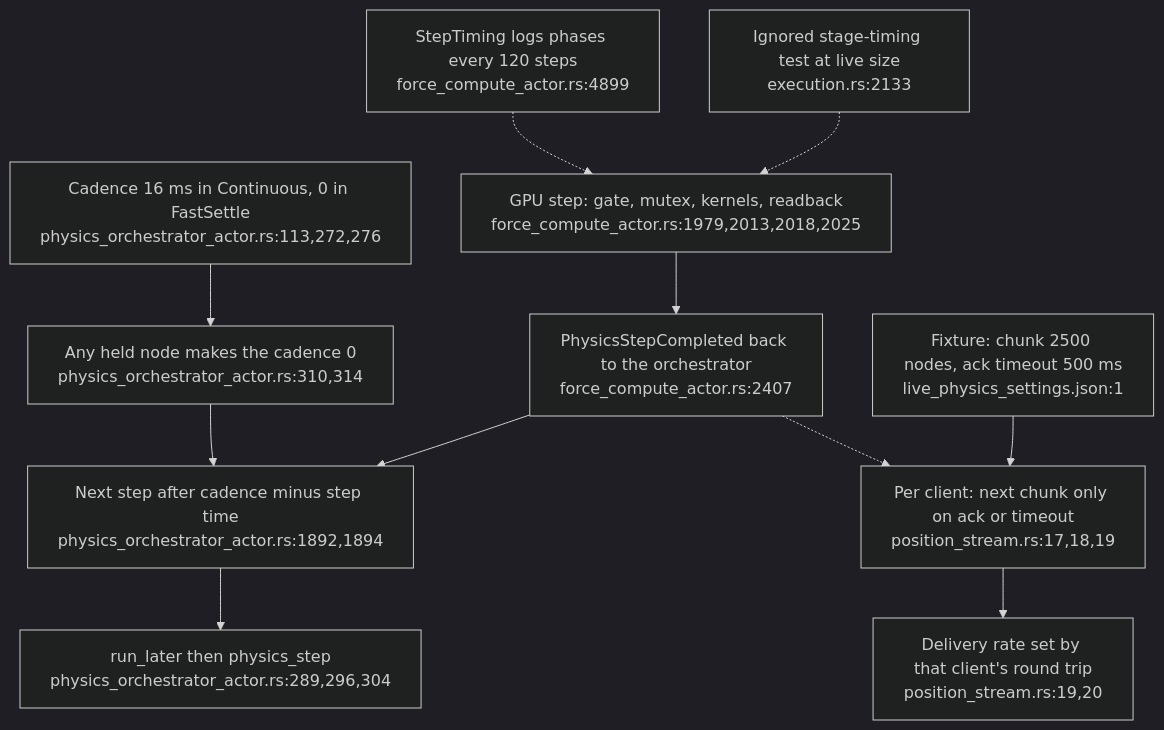
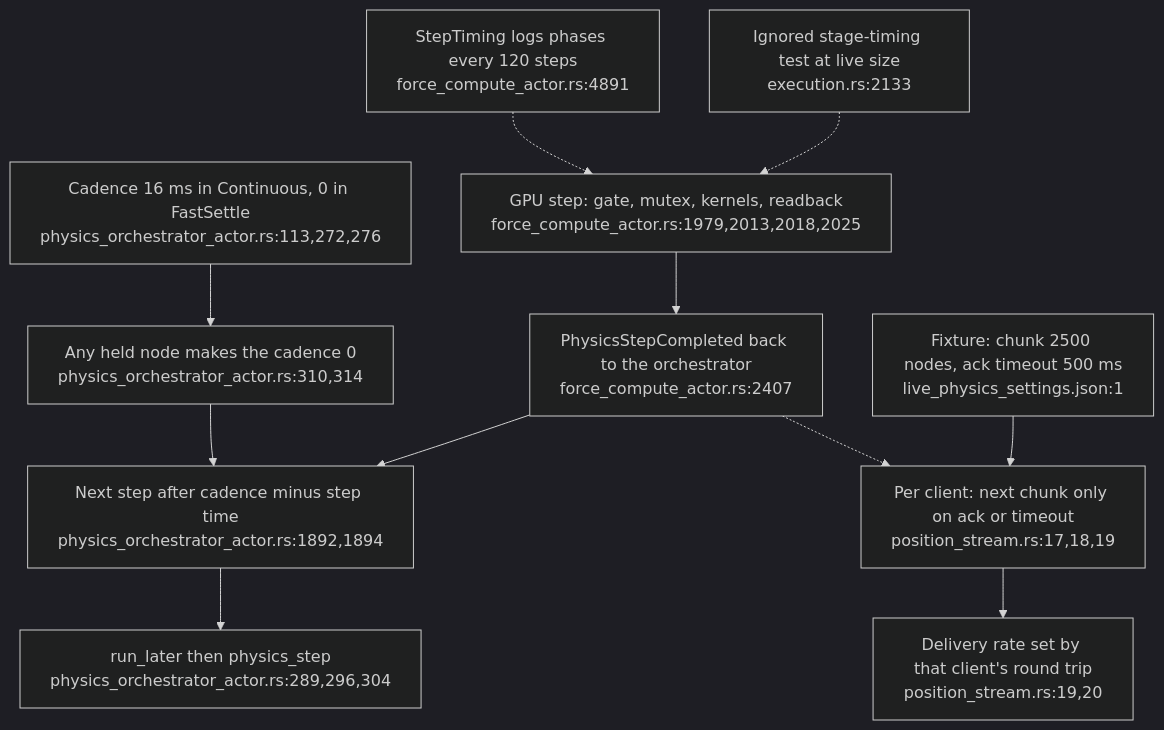
Before and after one commit to DreamLab-AI/VisionFlow: the second of 5 diagrams in docs/diagrams/visionclaw/54-layout-mode-step-cadence-and-settle.md, drawn with Mermaid (dark theme). The commit also changed other lines of this file and 46 other files, not shown here.

Commit message:
docs(diagrams): re-verify VisionClaw topics at 809a859aa/a950f4d80 after the consolidation pass

````diff
--- a/docs/diagrams/visionclaw/54-layout-mode-step-cadence-and-settle.md
+++ b/docs/diagrams/visionclaw/54-layout-mode-step-cadence-and-settle.md
@@ -60,13 +62,13 @@
 ```mermaid
 flowchart TD
     MODE["Cadence 16 ms in Continuous, 0 in FastSettle<br/>physics_orchestrator_actor.rs:113,272,276"] --> EFF["Any held node makes the cadence 0<br/>physics_orchestrator_actor.rs:310,314"]
     STEP["GPU step: gate, mutex, kernels, readback<br/>force_compute_actor.rs:1979,2013,2018,2025"] --> DONE["PhysicsStepCompleted back to the orchestrator<br/>force_compute_actor.rs:2407"]
     DONE --> NEXT["Next step after cadence minus step time<br/>physics_orchestrator_actor.rs:1892,1894"]
     EFF --> NEXT
     NEXT --> RUN["run_later then physics_step<br/>physics_orchestrator_actor.rs:289,296,304"]
-    TIMING["StepTiming logs phases every 120 steps<br/>force_compute_actor.rs:4899"] -.-> STEP
+    TIMING["StepTiming logs phases every 120 steps<br/>force_compute_actor.rs:4891"] -.-> STEP
     BENCH["Ignored stage-timing test at live size<br/>execution.rs:2133"] -.-> STEP
     STREAM["Per client: next chunk only on ack or timeout<br/>position_stream.rs:17,18,19"] --> RATE["Delivery rate set by that client's round trip<br/>position_stream.rs:19,20"]
     CFG["Fixture: chunk 2500 nodes, ack timeout 500 ms<br/>live_physics_settings.json:1"] --> STREAM
     DONE -.-> STREAM
 ```
````
